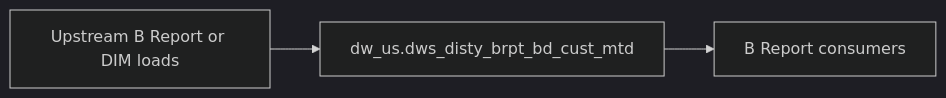
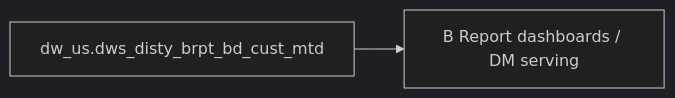
The diagram in backend/defaults/b_report/workspace/target/knowledgebase/b-report-us/dws_disty_brpt_bd_cust_mtd.md (chengduhaha/data_agent), drawn with Mermaid (dark theme) before and after one commit. The commit also changed other lines of this file and 1108 other files, not shown here.

````diff
--- a/backend/defaults/b_report/workspace/target/knowledgebase/b-report-us/dws_disty_brpt_bd_cust_mtd.md
+++ b/backend/defaults/b_report/workspace/target/knowledgebase/b-report-us/dws_disty_brpt_bd_cust_mtd.md
@@ -158,8 +282,6 @@
 ```mermaid
 flowchart LR
-  upstream[Upstream B Report or DIM loads]
-  tgt["dw_us.dws_disty_brpt_bd_cust_mtd"]
-  brpt[B Report consumers]
-  upstream --> tgt
-  tgt --> brpt
+  dw_us_dws_disty_brpt_bd_cust_mtd["dw_us.dws_disty_brpt_bd_cust_mtd"]
+  consumers["B Report dashboards / DM serving"]
+  dw_us_dws_disty_brpt_bd_cust_mtd --> consumers
 ```
````
